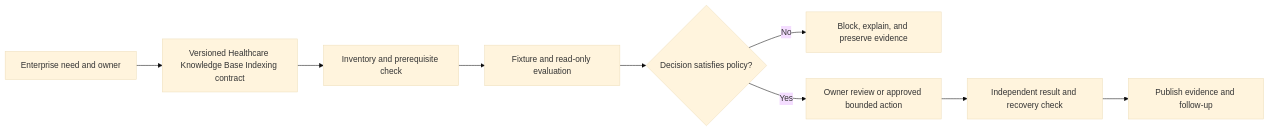
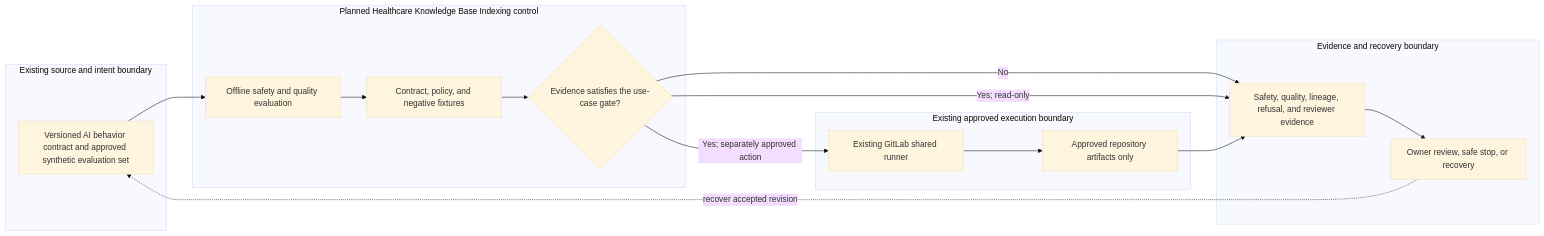
Before and after one commit to MIDHTECH/enterprise-architecture-docs: the diagram in docs/use-cases/healthcare-ai/UC-AI-005-healthcare-knowledge-base-indexing.md, drawn with Mermaid (base theme). The commit also changed other lines of this file and 227 other files, not shown here.

Commit message:
Deepen architecture for all use case designs

````diff
--- a/docs/use-cases/healthcare-ai/UC-AI-005-healthcare-knowledge-base-indexing.md
+++ b/docs/use-cases/healthcare-ai/UC-AI-005-healthcare-knowledge-base-indexing.md
@@ -136,11 +129,25 @@
 ```mermaid
 flowchart LR
-    Need["Enterprise need and owner"] --> Contract["Versioned Healthcare Knowledge Base Indexing contract"]
-    Contract --> Preflight["Inventory and prerequisite check"]
-    Preflight --> Evaluate["Fixture and read-only evaluation"]
-    Evaluate --> Decision{"Decision satisfies policy?"}
-    Decision -->|No| Stop["Block, explain, and preserve evidence"]
-    Decision -->|Yes| Review["Owner review or approved bounded action"]
-    Review --> Verify["Independent result and recovery check"]
-    Verify --> Publish["Publish evidence and follow-up"]
+    subgraph Source["Existing source and intent boundary"]
+        A["Versioned AI behavior contract and approved synthetic evaluation set"]
+    end
+    subgraph Planned["Planned Healthcare Knowledge Base Indexing control"]
+        B["Offline safety and quality evaluation"]
+        C["Contract, policy, and negative fixtures"]
+        D{"Evidence satisfies the use-case gate?"}
+    end
+    subgraph Runtime["Existing approved execution boundary"]
+        E["Existing GitLab shared runner"]
+        F["Approved repository artifacts only"]
+    end
+    subgraph Assurance["Evidence and recovery boundary"]
+        G["Safety, quality, lineage, refusal, and reviewer evidence"]
+        H["Owner review, safe stop, or recovery"]
+    end
+
+    A --> B --> C --> D
+    D -->|No| G --> H
+    D -->|Yes; read-only| G
+    D -->|Yes; separately approved action| E --> F --> G
+    H -. recover accepted revision .-> A
 ```
````
